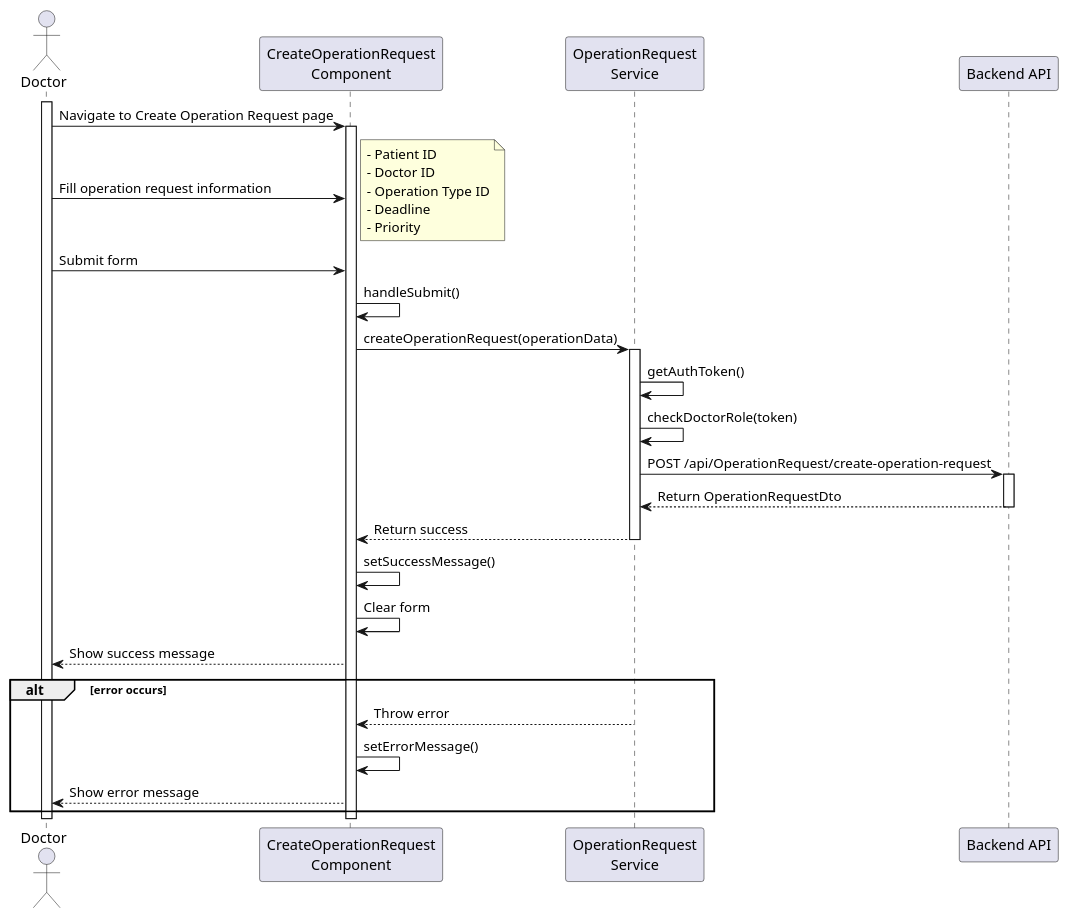
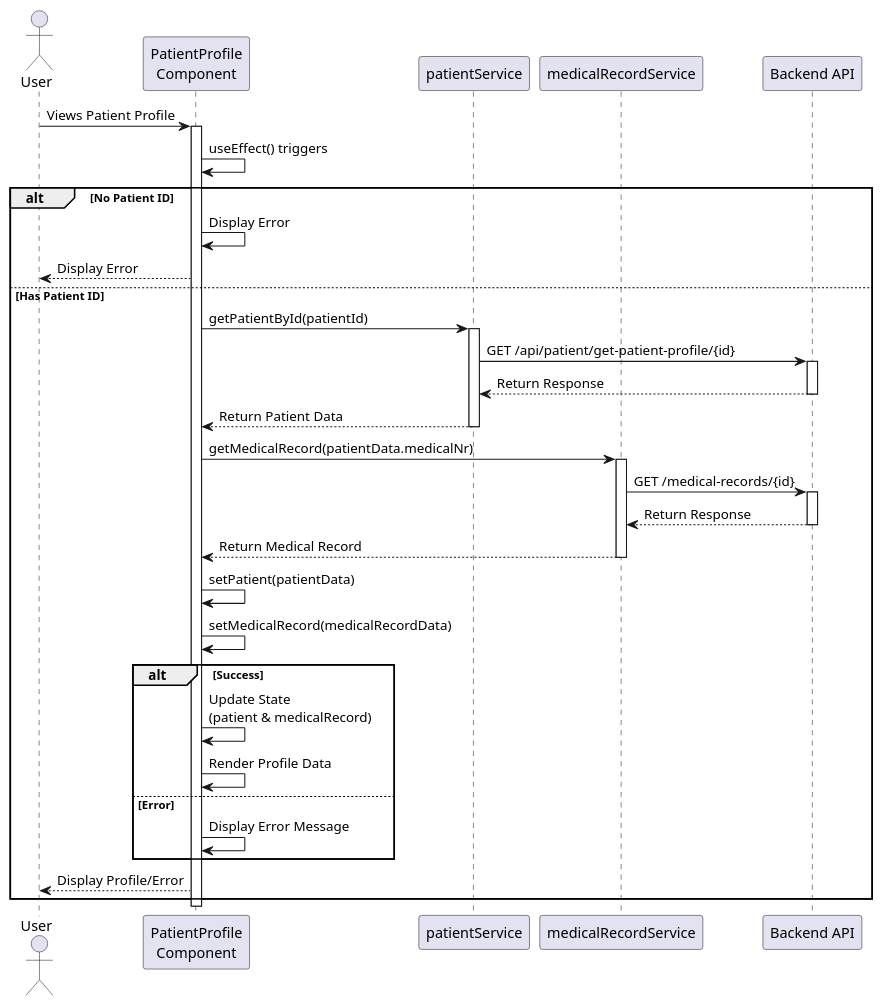
Before and after one commit to HugBar/3DC_G17: the diagram in docs/Sprint3/US 7.2.14/SD.puml, drawn with PlantUML. The commit also changed 1 other file, not shown here.

```diff
--- a/docs/Sprint3/US 7.2.14/SD.puml
+++ b/docs/Sprint3/US 7.2.14/SD.puml
@@ -1,51 +1,54 @@
-@startuml
-actor Doctor
-participant "CreateOperationRequest\nComponent" as UI
-participant "OperationRequest\nService" as ORS
+@startuml PatientProfile Flow
+
+actor User
+participant "PatientProfile\nComponent" as PC
+participant "patientService" as PS
+participant "medicalRecordService" as MS
 participant "Backend API" as API
 
-activate Doctor
-Doctor -> UI: Navigate to Create Operation Request page
-activate UI
+User -> PC: Views Patient Profile
+activate PC
 
-Doctor -> UI: Fill operation request information
-note right
-  - Patient ID
-  - Doctor ID
-  - Operation Type ID
-  - Deadline
-  - Priority
-end note
+PC -> PC: useEffect() triggers
 
-Doctor -> UI: Submit form
+alt No Patient ID
+    PC -> PC: Display Error
 
-UI -> UI: handleSubmit()
+    PC --> User: Display Error
 
-UI -> ORS: createOperationRequest(operationData)
-activate ORS
+else Has Patient ID
+    PC -> PS: getPatientById(patientId)
+    activate PS
+    
+    PS -> API: GET /api/patient/get-patient-profile/{id}
+    activate API
 
-ORS -> ORS: getAuthToken()
-ORS -> ORS: checkDoctorRole(token)
+    API --> PS: Return Response
+    deactivate API
+    PS --> PC: Return Patient Data
+    deactivate PS
+    PC -> MS: getMedicalRecord(patientData.medicalNr)
+    activate MS
+    
+    MS -> API: GET /medical-records/{id}
+    activate API
+    API --> MS: Return Response
+    deactivate API
+    MS --> PC: Return Medical Record
+    deactivate MS
 
-ORS -> API: POST /api/OperationRequest/create-operation-request
-activate API
+    PC -> PC: setPatient(patientData)
+    PC -> PC: setMedicalRecord(medicalRecordData)
 
-
-API --> ORS: Return OperationRequestDto
-deactivate API
-ORS --> UI: Return success
-deactivate ORS
-
-UI -> UI: setSuccessMessage()
-UI -> UI: Clear form
-UI --> Doctor: Show success message
-
-alt error occurs
-    ORS --> UI: Throw error
-    UI -> UI: setErrorMessage()
-    UI --> Doctor: Show error message
+    alt Success
+        PC -> PC: Update State\n(patient & medicalRecord)
+        PC -> PC: Render Profile Data
+    else Error
+        PC -> PC: Display Error Message
+    end
+    PC --> User: Display Profile/Error
 end
 
-deactivate UI
-deactivate Doctor
+deactivate PC
+
 @enduml
```
